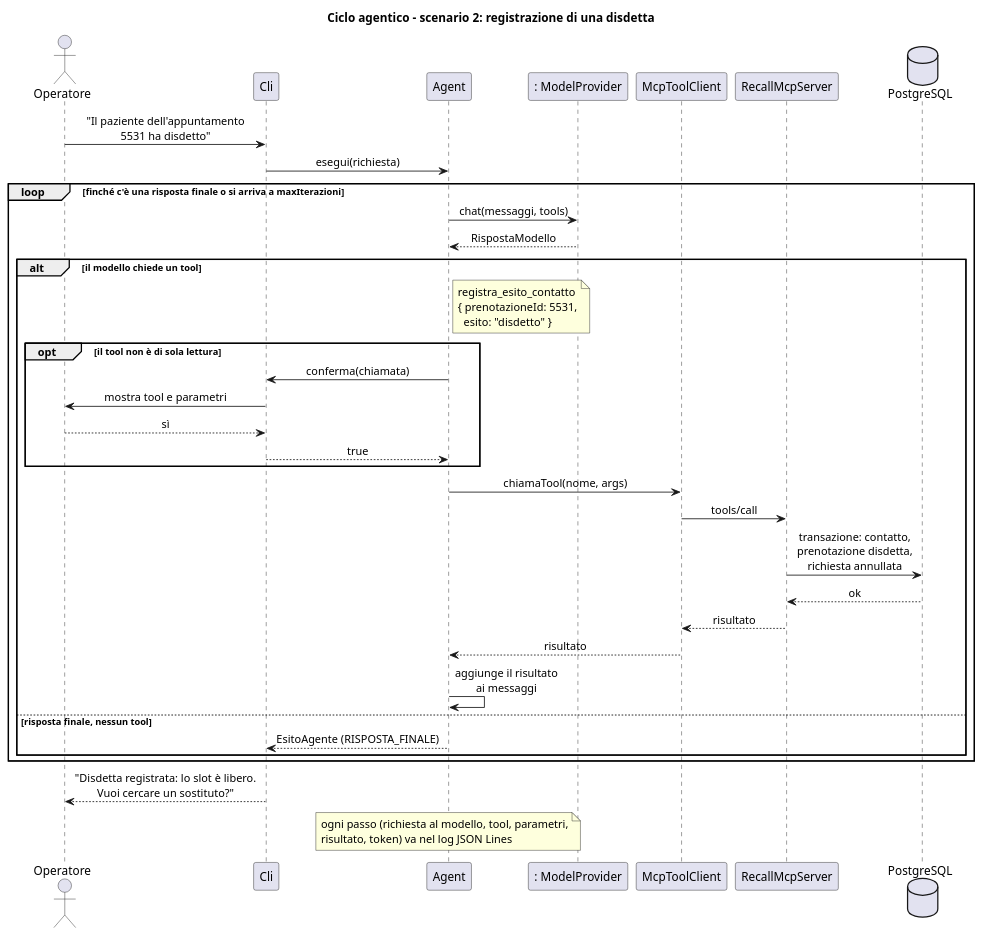
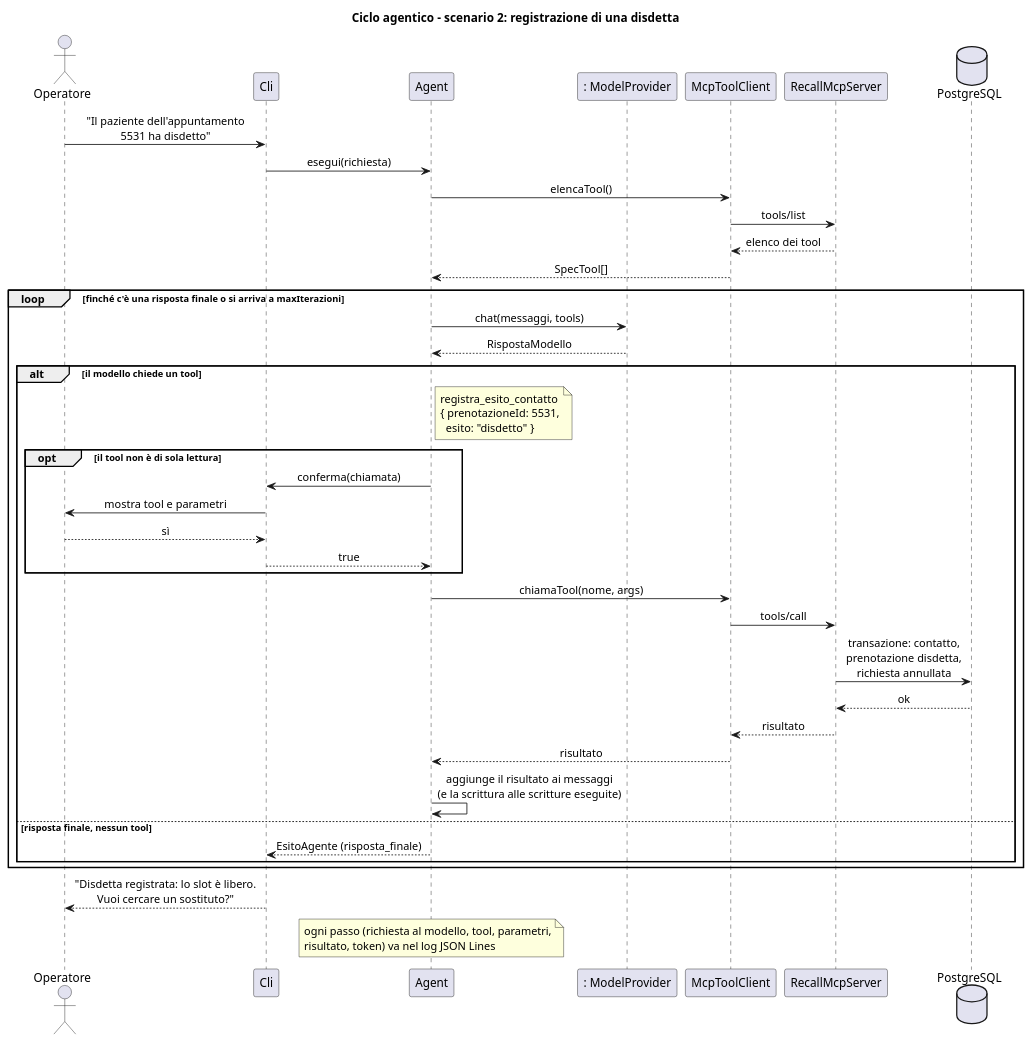
Before and after one commit to LeoDS99/pw26-agente-recall: the diagram in docs/diagrammi/sequenza-ciclo.puml, drawn with PlantUML. The commit also changed 11 other files, not shown here.

Commit message:
Script degli scenari, modello predefinito gemma4:26b, regola del prompt sui tool, diagrammi, commenti e README allineati

```diff
--- a/docs/diagrammi/sequenza-ciclo.puml
+++ b/docs/diagrammi/sequenza-ciclo.puml
@@ -1,52 +1,56 @@
 @startuml sequenza-ciclo
 skinparam sequenceMessageAlign center
 title Ciclo agentico - scenario 2: registrazione di una disdetta
 
 actor Operatore
 participant Cli
 participant Agent
 participant ": ModelProvider" as Modello
 participant McpToolClient
 participant RecallMcpServer as Server
 database PostgreSQL as DB
 
 Operatore -> Cli : "Il paziente dell'appuntamento\n5531 ha disdetto"
 Cli -> Agent : esegui(richiesta)
+Agent -> McpToolClient : elencaTool()
+McpToolClient -> Server : tools/list
+Server --> McpToolClient : elenco dei tool
+McpToolClient --> Agent : SpecTool[]
 
 loop finché c'è una risposta finale o si arriva a maxIterazioni
   Agent -> Modello : chat(messaggi, tools)
   Modello --> Agent : RispostaModello
 
   alt il modello chiede un tool
     note right of Agent
       registra_esito_contatto
       { prenotazioneId: 5531,
         esito: "disdetto" }
     end note
 
     opt il tool non è di sola lettura
       Agent -> Cli : conferma(chiamata)
       Cli -> Operatore : mostra tool e parametri
       Operatore --> Cli : sì
       Cli --> Agent : true
     end
 
     Agent -> McpToolClient : chiamaTool(nome, args)
     McpToolClient -> Server : tools/call
     Server -> DB : transazione: contatto,\nprenotazione disdetta,\nrichiesta annullata
     DB --> Server : ok
     Server --> McpToolClient : risultato
     McpToolClient --> Agent : risultato
-    Agent -> Agent : aggiunge il risultato\nai messaggi
+    Agent -> Agent : aggiunge il risultato ai messaggi\n(e la scrittura alle scritture eseguite)
   else risposta finale, nessun tool
-    Agent --> Cli : EsitoAgente (RISPOSTA_FINALE)
+    Agent --> Cli : EsitoAgente (risposta_finale)
   end
 end
 
 Cli --> Operatore : "Disdetta registrata: lo slot è libero.\nVuoi cercare un sostituto?"
 
 note over Agent
   ogni passo (richiesta al modello, tool, parametri,
   risultato, token) va nel log JSON Lines
 end note
 @enduml
```
